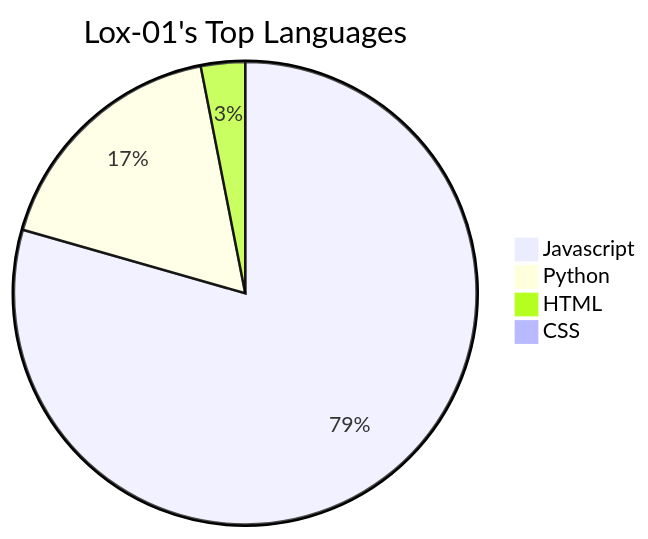
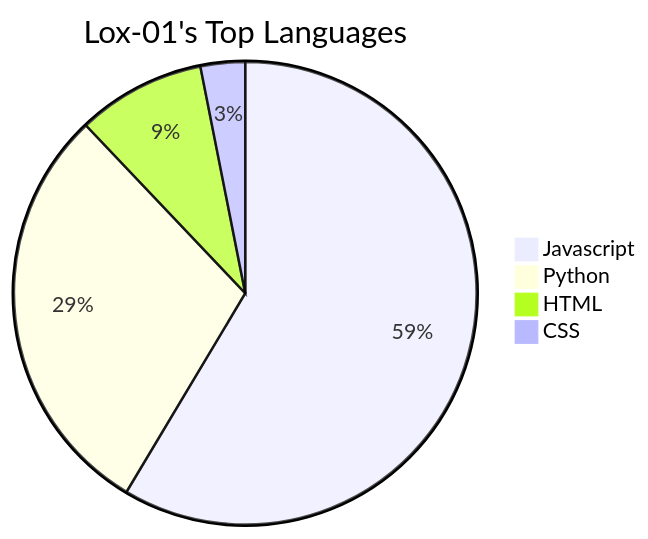
Before and after one commit to Lox-01/Lox-01: the diagram in README.md, drawn with Mermaid.

````diff
--- a/README.md
+++ b/README.md
@@ -13,7 +13,7 @@
 ```mermaid
 pie title Lox-01's Top Languages
-    "Javascript" : 386
-    "Python" : 85
-    "HTML" : 15
-    "CSS" : 1
+    "Javascript" : 58.57
+    "Python" : 29.34
+    "HTML" : 8.97
+    "CSS" : 3.11
 ```
````
